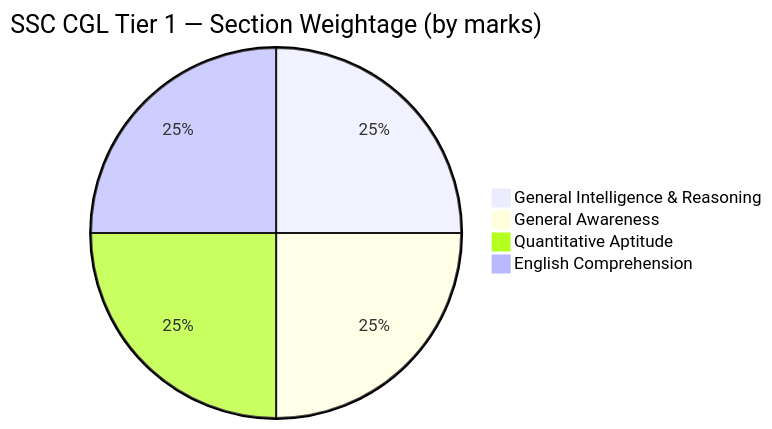
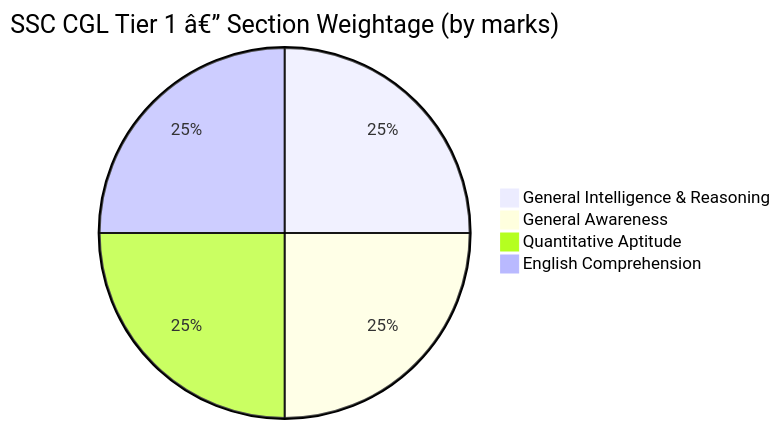
Before and after one commit to Raushan666java/ai-engineering-journey: the diagram in docs/courses/mock-tests/05-ssc-cgl-tier1.md, drawn with Mermaid. The commit also changed other lines of this file and 735 other files, not shown here.

````diff
--- a/docs/courses/mock-tests/05-ssc-cgl-tier1.md
+++ b/docs/courses/mock-tests/05-ssc-cgl-tier1.md
@@ -41,7 +41,7 @@
 ```mermaid
-pie title SSC CGL Tier 1 — Section Weightage (by marks)
+pie title SSC CGL Tier 1 â€” Section Weightage (by marks)
     "General Intelligence & Reasoning" : 50
     "General Awareness" : 50
     "Quantitative Aptitude" : 50
     "English Comprehension" : 50
 ```
````
